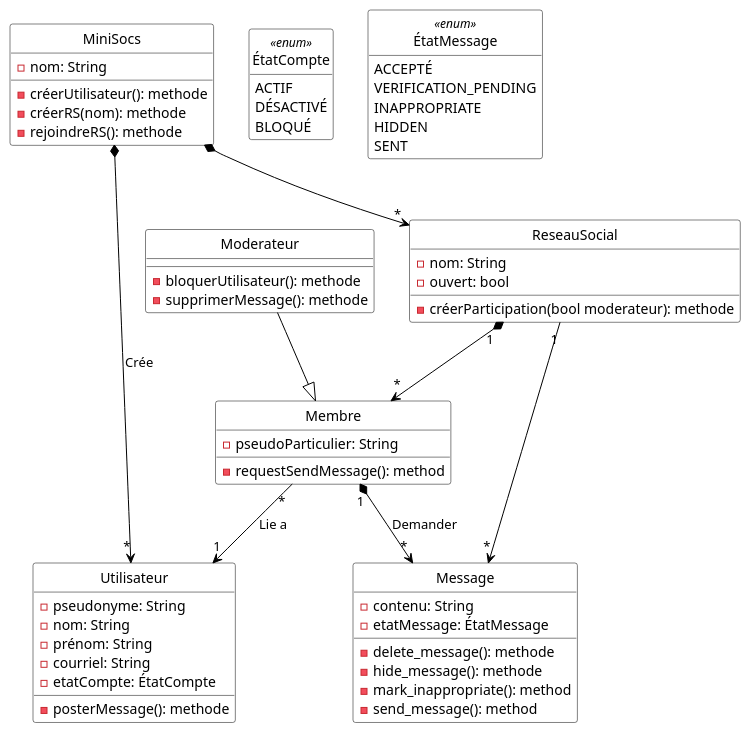
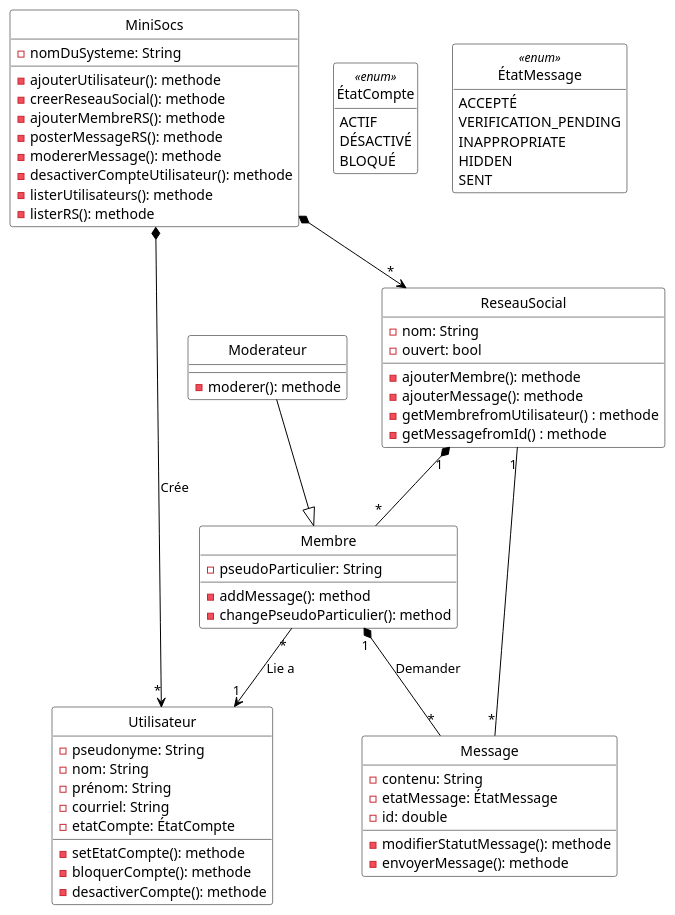
Before and after one commit to lukalafaye/MiniSocs: the diagram in Diagrammes/minisocs_uml_diag_classes_sans_notif.pu, drawn with PlantUML. The commit also changed 4 other files, not shown here.

Commit message:
Mise en coherence diagramme de classe

```diff
--- a/Diagrammes/minisocs_uml_diag_classes_sans_notif.pu
+++ b/Diagrammes/minisocs_uml_diag_classes_sans_notif.pu
@@ -1,85 +1,94 @@
 	@startuml
 
 	'Diagramme de classes (PlantUML)'
 
 	'Configuration charte graphique'
 	hide empty methods
 	hide circle
 	skinparam class {
 	  BackgroundColor White
 	  ArrowColor Black
 	  BorderColor Black
 	}
 
 	'Classes, énumérations, etc.'
 	class MiniSocs {
-	  - nom: String
-	  - créerUtilisateur(): methode
-	  - créerRS(nom): methode
-	  - rejoindreRS(): methode
+	  - nomDuSysteme: String
+	  - ajouterUtilisateur(): methode
+	  - creerReseauSocial(): methode
+	  - ajouterMembreRS(): methode
+	  - posterMessageRS(): methode
+	  - modererMessage(): methode
+	  - desactiverCompteUtilisateur(): methode
+	  - listerUtilisateurs(): methode
+	  - listerRS(): methode
 	}
 
 	class Utilisateur {
 	  - pseudonyme: String
 	  - nom: String
 	  - prénom: String
 	  - courriel: String
 	  - etatCompte: ÉtatCompte
-	  - posterMessage(): methode
+	  - setEtatCompte(): methode
+	  - bloquerCompte(): methode
+	  - desactiverCompte(): methode
 	}
 
 	enum ÉtatCompte <<enum>> {
 	  ACTIF
 	  DÉSACTIVÉ
 	  BLOQUÉ
 	}
 
 	enum ÉtatMessage <<enum>> {
 	  ACCEPTÉ
 	  VERIFICATION_PENDING
 	  INAPPROPRIATE
 	  HIDDEN
 	  SENT
 	}
 
 	class Membre {
 	  - pseudoParticulier: String
-	  - requestSendMessage(): method
+	  - addMessage(): method
+	  - changePseudoParticulier(): method
 	}
 
 	class Moderateur {
-	  - bloquerUtilisateur(): methode
-	  - supprimerMessage(): methode
+	  - moderer(): methode
 	}
 
 	class ReseauSocial {
 	  - nom: String
 	  - ouvert: bool
-	  - créerParticipation(bool moderateur): methode
+	  - ajouterMembre(): methode
+	  - ajouterMessage(): methode
+	  - getMembrefromUtilisateur() : methode
+	  - getMessagefromId() : methode
 	}
 
 	class Message {
 	  - contenu: String
 	  - etatMessage: ÉtatMessage
-	  - delete_message(): methode
-	  - hide_message(): methode
-	  - mark_inappropriate(): method
-	  - send_message(): method
+	  - id: double
+	  - modifierStatutMessage(): methode
+	  - envoyerMessage(): methode
 	}
 
 	'Associations, etc.'
 	MiniSocs *--> "*" Utilisateur: Crée
 	Membre "*" --> "1" Utilisateur: Lie a
 
-	Membre "1" *--> "*" Message: Demander
+	Membre "1" *-- "*" Message: Demander
         
 	MiniSocs *--> "*" ReseauSocial
-        ReseauSocial "1"--> "*" Message
+        ReseauSocial "1"-- "*" Message
         
-	ReseauSocial "1" *--> "*" Membre
+	ReseauSocial "1" *-- "*" Membre
 
 	Moderateur --|> Membre
 	
 	'Au besoin, aides pour le positionnement'
 
 	@enduml
```
